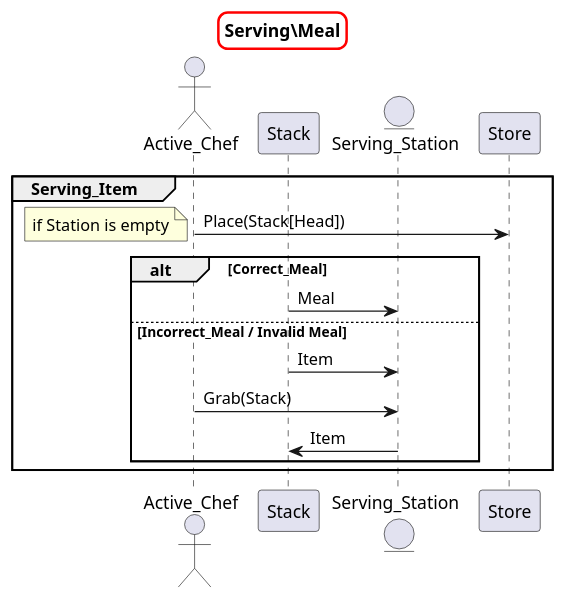
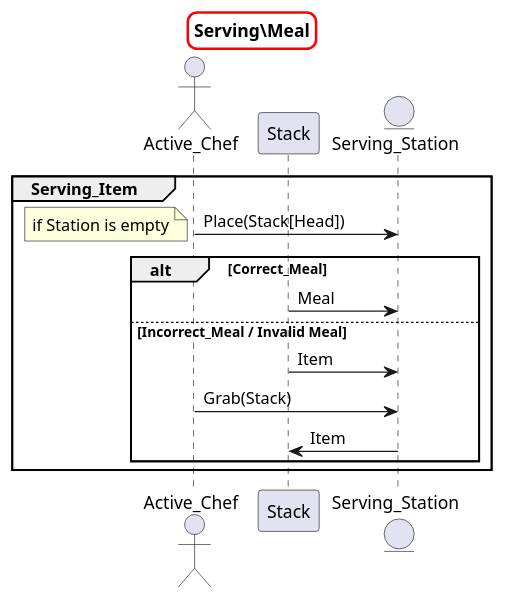
One commit to Runtime-Terrors-Team-5/UML-Diagrams changed the diagram in Architecture Diagrams/Sequence Diagrams/Chef_Interactions/Serving_Meal.puml. Above: the diagram before and after it, drawn with PlantUML. The commit also changed 2 other files, not shown here.

Commit message:
Fixed Fig 1.3

```diff
--- a/Architecture Diagrams/Sequence Diagrams/Chef_Interactions/Serving_Meal.puml
+++ b/Architecture Diagrams/Sequence Diagrams/Chef_Interactions/Serving_Meal.puml
@@ -3,26 +3,26 @@
 @startuml
 skinparam titleBorderRoundCorner 15
 skinparam titleBorderThickness 2
 skinparam titleBorderColor red
 title Serving\Meal
 
 actor Active_Chef as Chef
 participant Stack as Inventory
 entity Serving_Station as Serve
 
 
 ' Placing Item on counter temporarily
 group Serving_Item
-    Chef -> Store : Place(Stack[Head])
+Chef -> Serve : Place(Stack[Head])
     note left: if Station is empty
     ' A valid meal that can be served is submitted
     alt Correct_Meal
         Inventory -> Serve : Meal
     ' A invalid meal that cannot be served is submitted
     else Incorrect_Meal / Invalid Meal
         Inventory -> Serve: Item
         Chef -> Serve : Grab(Stack)
         Inventory <- Serve : Item
     end
 end
 @enduml
```
